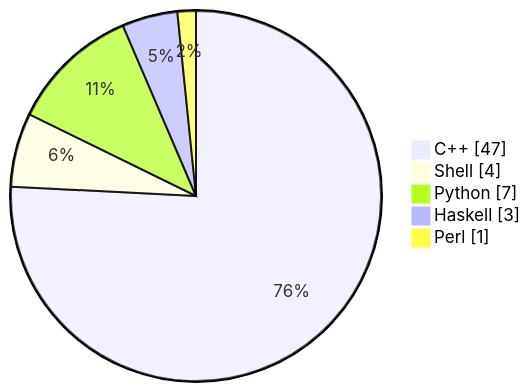
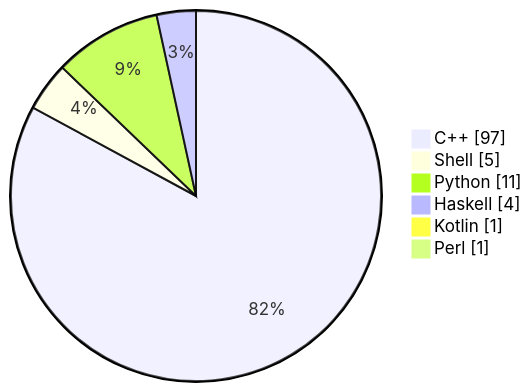
One commit to trintlermint/problem-sets changed the second of 2 diagrams in README.md. Above: the diagram before and after it, drawn with Mermaid. The commit also changed other lines of this file, not shown here.

````diff
--- a/README.md
+++ b/README.md
@@ -46,8 +69,9 @@
 ```mermaid
 pie showData
-    "C++" : 47
-    "Shell" : 4
-    "Python" : 7
-    "Haskell" : 3
+    "C++" : 97
+    "Shell" : 5
+    "Python" : 11
+    "Haskell" : 4
+    "Kotlin" : 1
     "Perl" : 1
 ```
````
